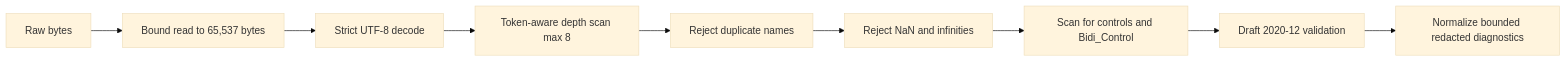
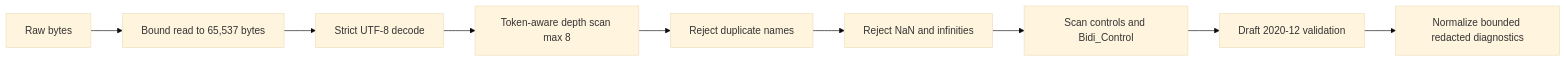
The second of 2 diagrams in docs/plans/2026-08-01-001-feat-workstream-registration-discovery-plan.md (ryannmicua/arjim), drawn with Mermaid (base theme) before and after one commit. The commit also changed other lines of this file and 2 other files, not shown here.

````diff
--- a/docs/plans/2026-08-01-001-feat-workstream-registration-discovery-plan.md
+++ b/docs/plans/2026-08-01-001-feat-workstream-registration-discovery-plan.md
@@ -226,11 +223,11 @@
 ```mermaid
 flowchart LR
     B[Raw bytes] --> C1[Bound read to 65,537 bytes]
     C1 --> C2[Strict UTF-8 decode]
     C2 --> C3[Token-aware depth scan max 8]
     C3 --> C4[Reject duplicate names]
     C4 --> C5[Reject NaN and infinities]
-    C5 --> C6[Scan for controls and Bidi_Control]
+    C5 --> C6[Scan controls and Bidi_Control]
     C6 --> V[Draft 2020-12 validation]
     V --> N[Normalize bounded redacted diagnostics]
 ```
````
